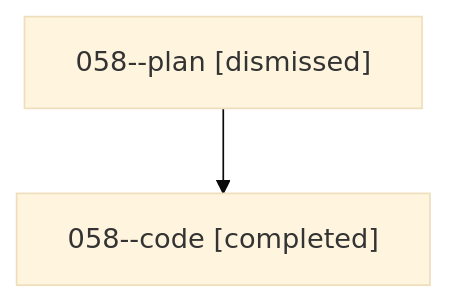
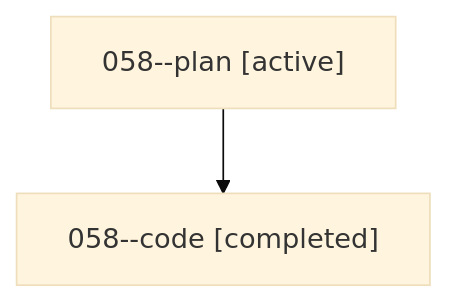
The diagram in families/bbugyi200.athena.058.md (bobs-org/bob-cli--agents), drawn with Mermaid (base theme) before and after one commit. The commit also changed other lines of this file and 1279 other files, not shown here.

````diff
--- a/families/bbugyi200.athena.058.md
+++ b/families/bbugyi200.athena.058.md
@@ -9,6 +9,6 @@
 ```mermaid
 flowchart TD
-  n0["058--plan [dismissed]"]
+  n0["058--plan [active]"]
   n1["058--code [completed]"]
   n0 --> n1
 ```
````
